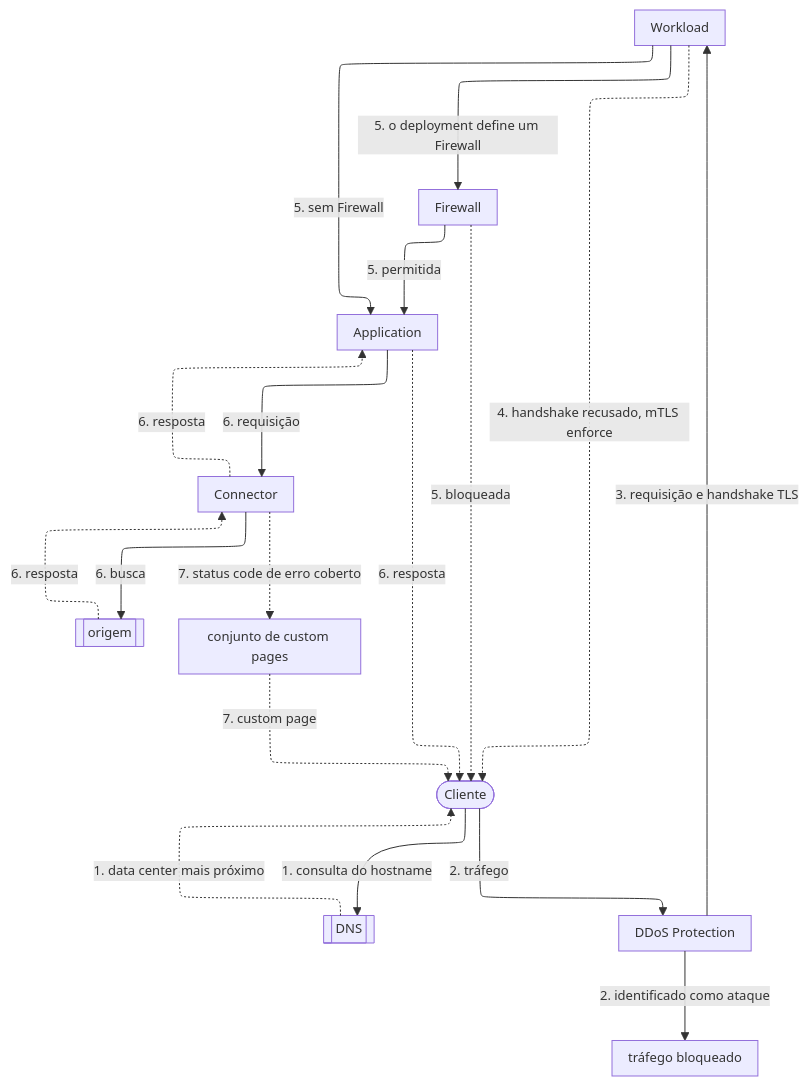
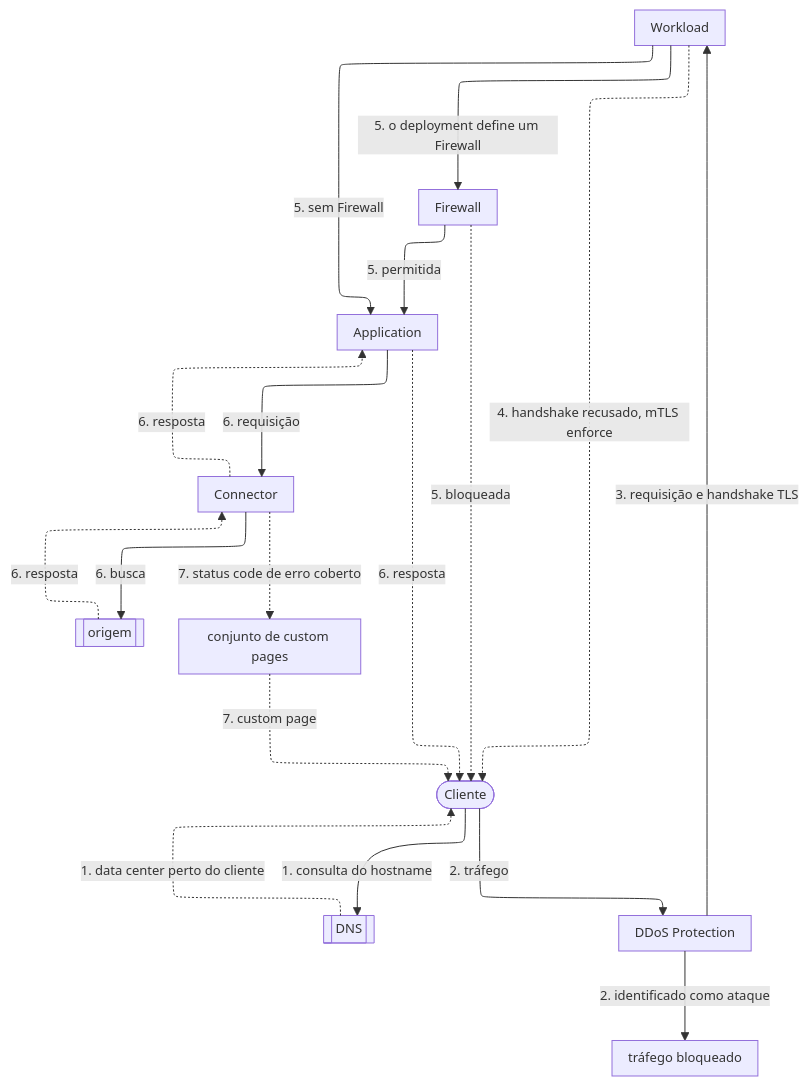
Before and after one commit to aziontech/docs: the first of 5 diagrams in apps/docs/src/content/docs/pt-br/pages/secure/workloads/como-funciona.mdx, drawn with Mermaid. The commit also changed other lines of this file and 19 other files, not shown here.

````diff
--- a/apps/docs/src/content/docs/pt-br/pages/secure/workloads/como-funciona.mdx
+++ b/apps/docs/src/content/docs/pt-br/pages/secure/workloads/como-funciona.mdx
@@ -32,31 +32,31 @@
 ```mermaid
 %%{init: {"layout": "elk", "elk": {"preset": "modelOrder", "keepEntryNodeOnTop": true}, "themeVariables": {"fontSize": "13px"}, "flowchart": {"nodeSpacing": 24, "rankSpacing": 36, "padding": 8, "wrappingWidth": 150, "useMaxWidth": true}, "sequence": {"width": 120, "actorMargin": 30, "useMaxWidth": true}}}%%
 flowchart TD
   Client(["Cliente"])
   DNS[["DNS"]]
   DDoS["DDoS Protection"]
   Blocked["tráfego bloqueado"]
   WL["Workload"]
   FW["Firewall"]
   App["Application"]
   Conn["Connector"]
   Origin[["origem"]]
   CP["conjunto de custom pages"]
   Client -->|"1. consulta do hostname"| DNS
-  DNS -.->|"1. data center mais próximo"| Client
+  DNS -.->|"1. data center perto do cliente"| Client
   Client -->|"2. tráfego"| DDoS
   DDoS -->|"2. identificado como ataque"| Blocked
   DDoS -->|"3. requisição e handshake TLS"| WL
   WL -.->|"4. handshake recusado, mTLS enforce"| Client
   WL -->|"5. o deployment define um Firewall"| FW
   WL -->|"5. sem Firewall"| App
   FW -->|"5. permitida"| App
   FW -.->|"5. bloqueada"| Client
   App -->|"6. requisição"| Conn
   Conn -->|"6. busca"| Origin
   Origin -.->|"6. resposta"| Conn
   Conn -.->|"6. resposta"| App
   App -.->|"6. resposta"| Client
   Conn -.->|"7. status code de erro coberto"| CP
   CP -.->|"7. custom page"| Client
 ```
````
